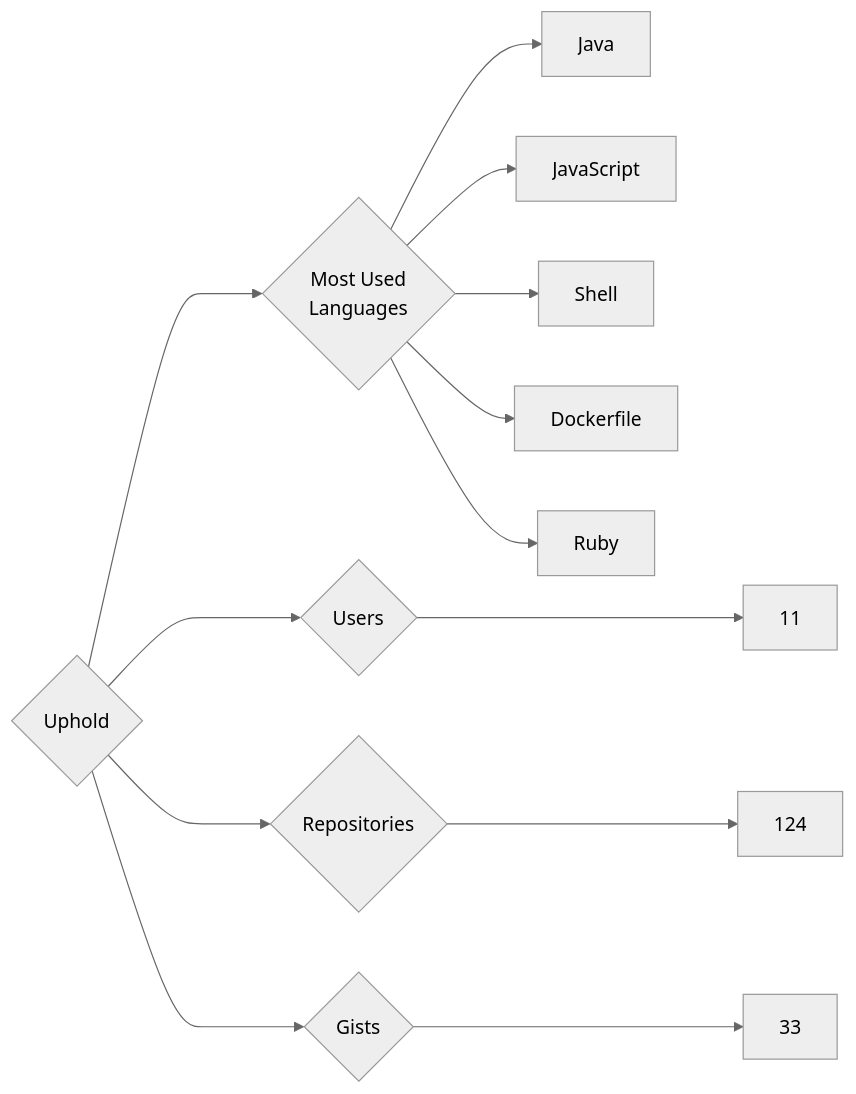
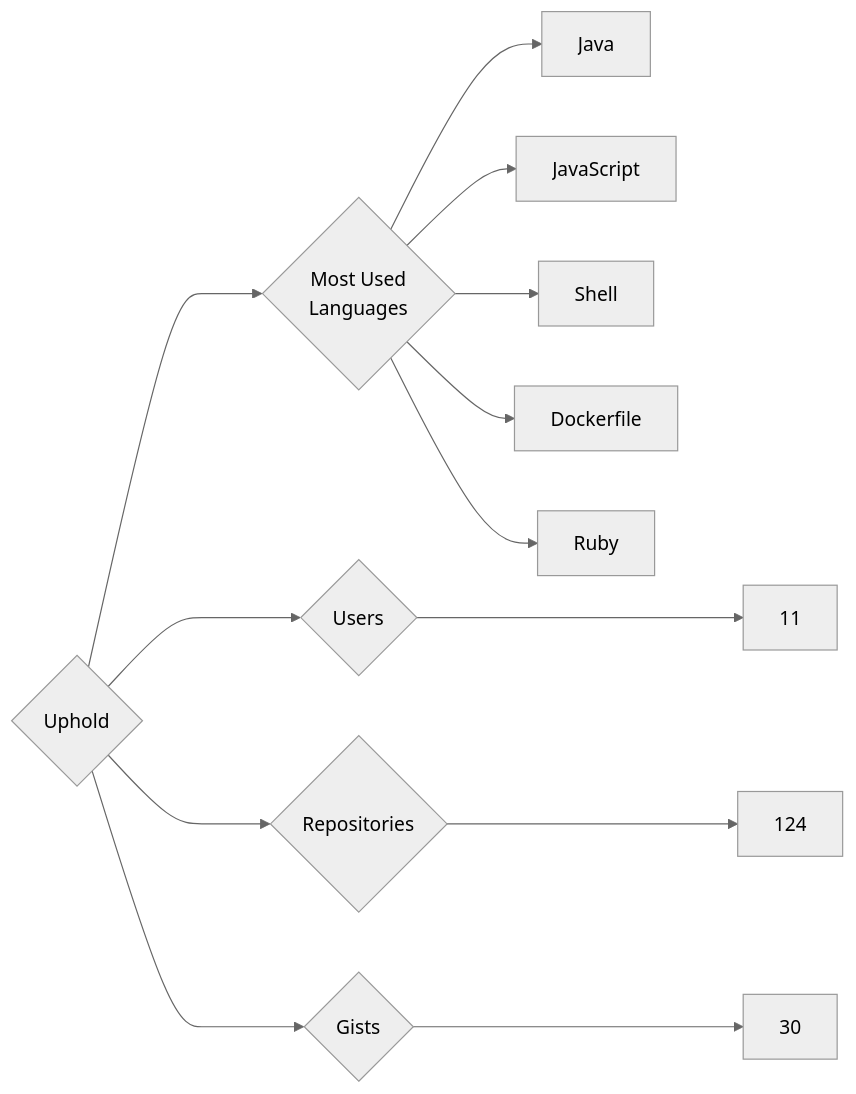
Before and after one commit to trickest/insiders: the diagram in targets/Uphold/README.md, drawn with Mermaid (neutral theme). The commit also changed 797 other files, not shown here.

````diff
--- a/targets/Uphold/README.md
+++ b/targets/Uphold/README.md
@@ -3,13 +3,13 @@
 ```mermaid
 graph LR
 COMPANY_NAME{Uphold}
 COMPANY_NAME ---> U{Users} ---> UN[11]
 COMPANY_NAME ---> R{Repositories} ---> RN[124]
-COMPANY_NAME ---> G{Gists} ---> GN[33]
+COMPANY_NAME ---> G{Gists} ---> GN[30]
 COMPANY_NAME ---> ML{Most Used<br>Languages}
 ML --> Java[Java]
 ML --> JavaScript[JavaScript]
 ML --> Shell[Shell]
 ML --> Dockerfile[Dockerfile]
 ML --> Ruby[Ruby]
 ```
````
